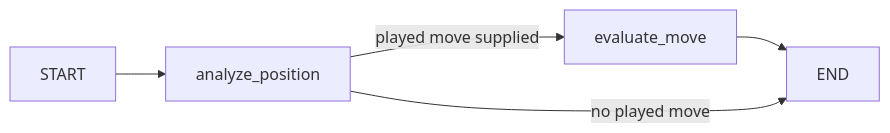
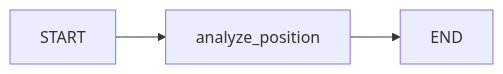
The diagram in backend/coach/README.md (lckelly123/chess_ai_game_review), drawn with Mermaid before and after one commit. The commit also changed other lines of this file and 24 other files, not shown here.

````diff
--- a/backend/coach/README.md
+++ b/backend/coach/README.md
@@ -5,6 +5,5 @@
 ```mermaid
 flowchart LR
     START --> analyze_position
-    analyze_position -->|played move supplied| evaluate_move --> END
-    analyze_position -->|no played move| END
+    analyze_position --> END
 ```
````
